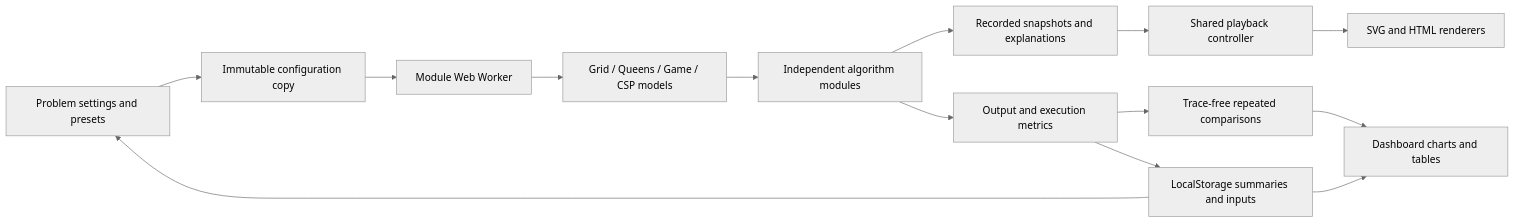
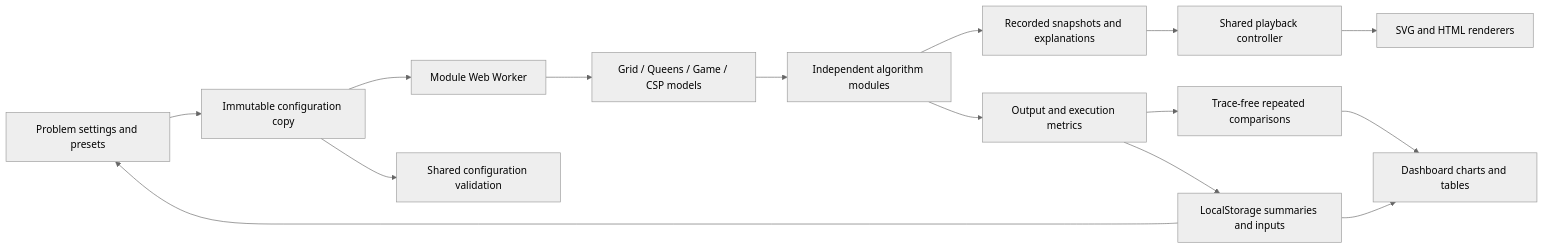
Before and after one commit to YashwanthDevelops/Algo-Visualizer: the diagram in docs/ARCHITECTURE.md, drawn with Mermaid (neutral theme). The commit also changed other lines of this file and 54 other files, not shown here.

````diff
--- a/docs/ARCHITECTURE.md
+++ b/docs/ARCHITECTURE.md
@@ -3,16 +3,17 @@
 ```mermaid
 flowchart LR
   Settings[Problem settings and presets] --> Config[Immutable configuration copy]
   Config --> Worker[Module Web Worker]
+  Config --> Validation[Shared configuration validation]
   Worker --> Models[Grid / Queens / Game / CSP models]
   Models --> Engines[Independent algorithm modules]
   Engines --> Trace[Recorded snapshots and explanations]
   Engines --> Results[Output and execution metrics]
   Trace --> Playback[Shared playback controller]
   Playback --> View[SVG and HTML renderers]
   Results --> Compare[Trace-free repeated comparisons]
   Compare --> Dashboard[Dashboard charts and tables]
   Results --> Storage[LocalStorage summaries and inputs]
   Storage --> Settings
   Storage --> Dashboard
 ```
````
